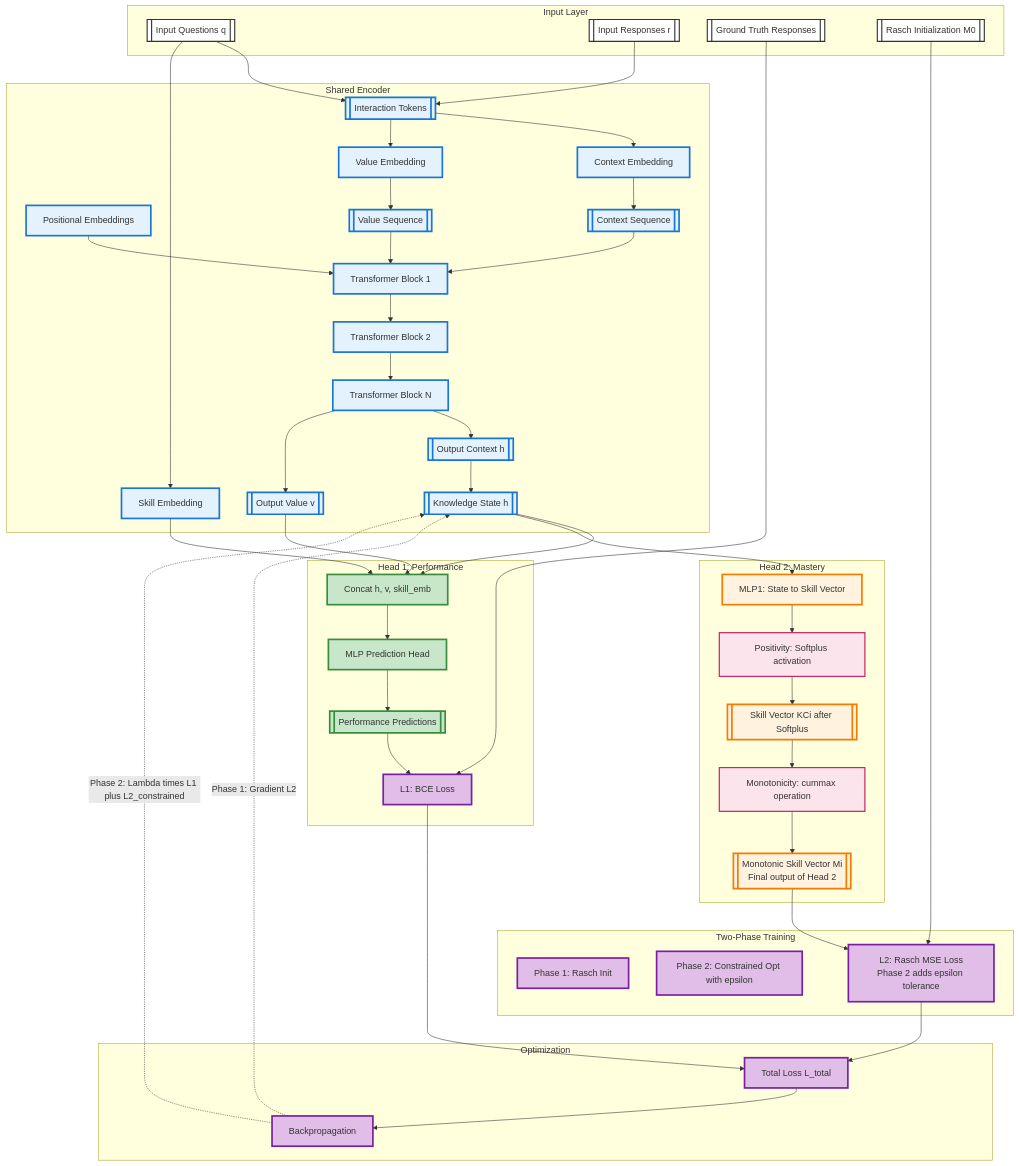
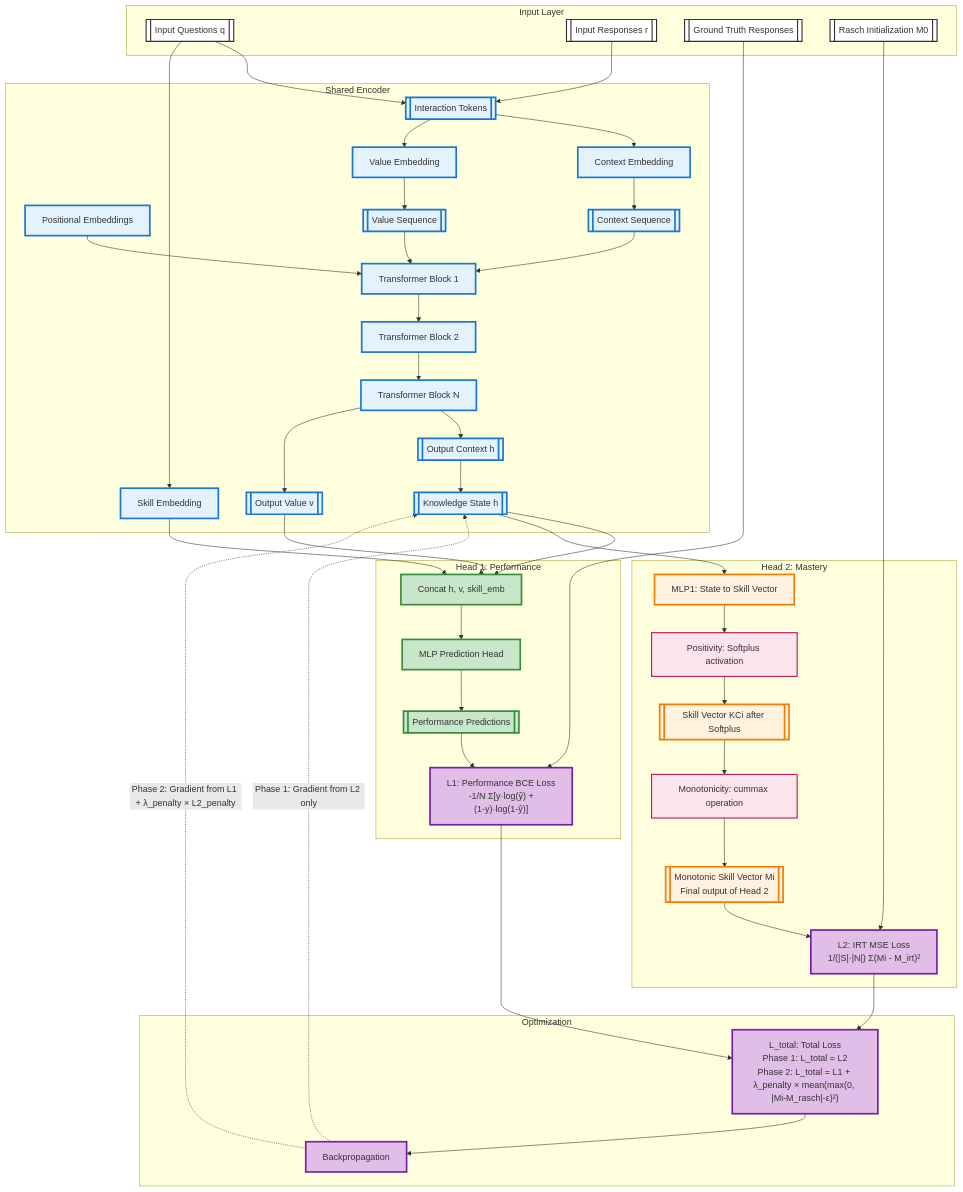
The diagram in paper/ikt_architecture_approach.md (clabra/pykt-toolkit), drawn with Mermaid before and after one commit. The commit also changed other lines of this file and 25 other files, not shown here.

```diff
--- a/paper/ikt_architecture_approach.md
+++ b/paper/ikt_architecture_approach.md
@@ -590,7 +663,7 @@
         Concat1["Concat h, v, skill_emb"]
         PredHead["MLP Prediction Head"]
         BCEPred[["Performance Predictions"]]
-        L1["L1: BCE Loss"]
+        L1["L1: Performance BCE Loss<br/>-1/N Σ[y·log(ŷ) + <br/>(1-y)·log(1-ŷ)]"]
     end
     
     subgraph "Head 2: Mastery"
@@ -601,17 +674,12 @@
         
         KCVector[["Skill Vector KCi after Softplus"]]
         MonotonicKC[["Monotonic Skill Vector Mi<br/>Final output of Head 2"]]
-    end
-    
-    subgraph "Two-Phase Training"
-        Phase1["Phase 1: Rasch Init"]
-        Phase2["Phase 2: Constrained Opt with epsilon"]
         
-        L2["L2: Rasch MSE Loss<br/>Phase 2 adds epsilon tolerance"]
+        L2["L2: IRT MSE Loss<br/>1/(|S|·|N|) Σ(Mi - M_irt)²"]
     end
     
     subgraph "Optimization"
-        LTotal["Total Loss L_total"]
+        LTotal["L_total: Total Loss<br/>Phase 1: L_total = L2<br/>Phase 2: L_total = L1 + λ_penalty × mean(max(0, |Mi-M_rasch|-ε)²)"]
         Backprop["Backpropagation"]
     end
     
@@ -650,10 +718,8 @@
     Positivity --> KCVector
     KCVector --> Monotonicity
     Monotonicity --> MonotonicKC
-    
-    %% Two-phase training flow - Mi directly compared to Rasch
+    MonotonicKC --> L2
     Rasch_M0 --> L2
-    MonotonicKC --> L2
     
     %% Loss combination
     L1 --> LTotal
@@ -661,8 +727,8 @@
     LTotal --> Backprop
     
     %% Gradient flow
-    Backprop -.->|Phase 1: Gradient L2| KnowledgeState
-    Backprop -.->|Phase 2: Lambda times L1 plus L2_constrained| KnowledgeState
+    Backprop -.->|Phase 1: Gradient from L2 only| KnowledgeState
+    Backprop -.->|Phase 2: Gradient from L1 + λ_penalty × L2_penalty| KnowledgeState
     
     %% Styling
     classDef encoder_style fill:#e3f2fd,stroke:#1976d2,stroke-width:3px
```
